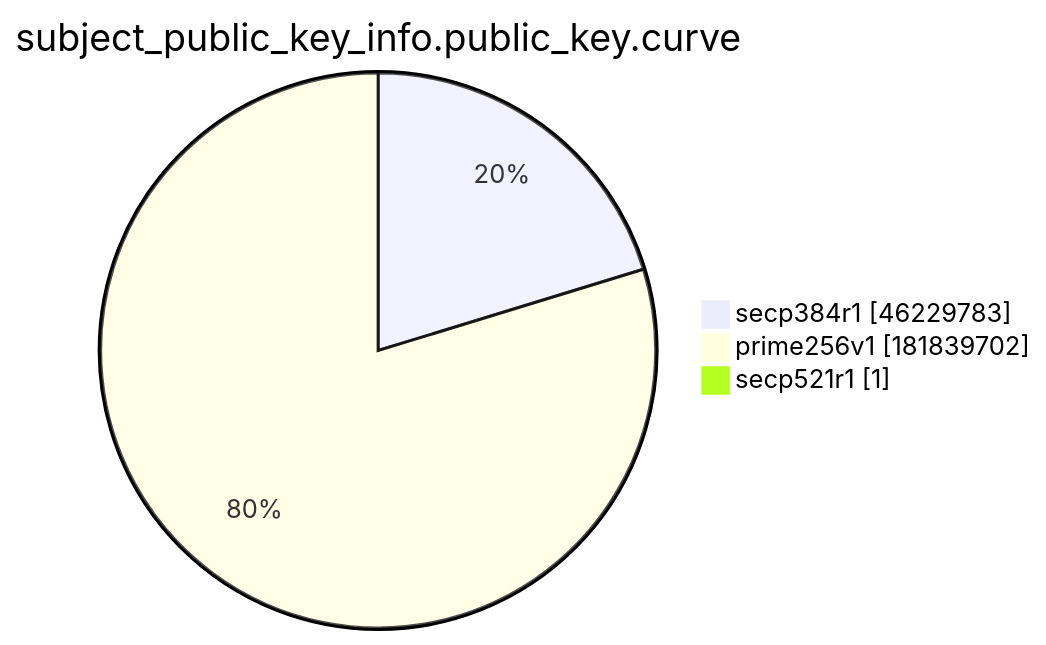
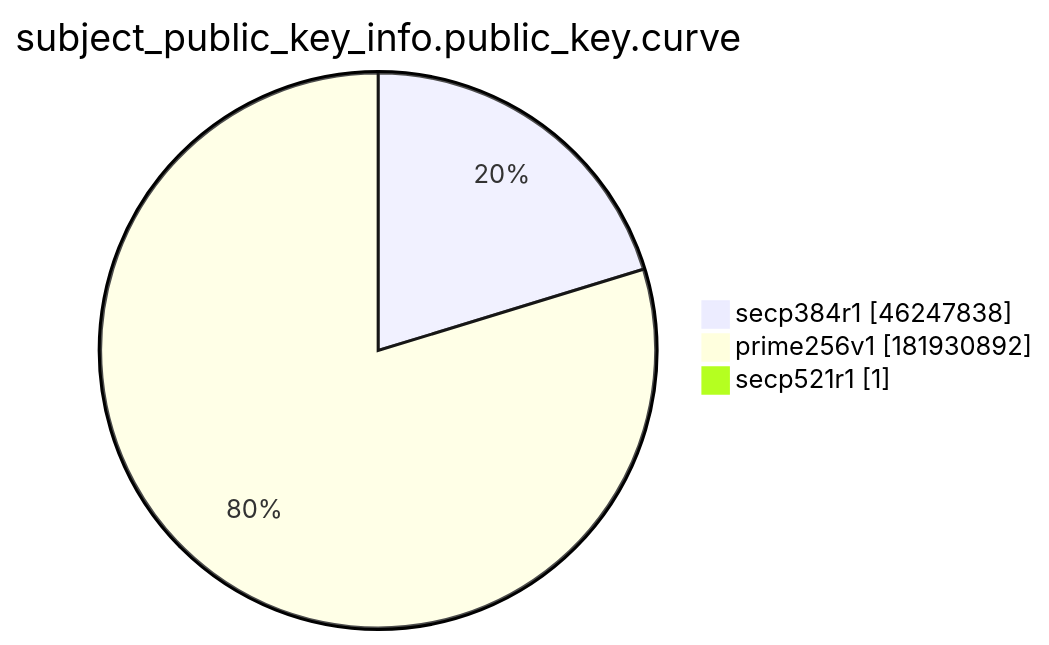
The ninth of 15 diagrams in xenon2022/README.md (christiankrug/ctmonitor_visualization), drawn with Mermaid before and after one commit. The commit also changed other lines of this file, not shown here.

````diff
--- a/xenon2022/README.md
+++ b/xenon2022/README.md
@@ -2874,7 +2874,7 @@
 ```mermaid
 pie showData
 title subject_public_key_info.public_key.curve
-"secp384r1" :46229783
-"prime256v1" :181839702
+"secp384r1" :46247838
+"prime256v1" :181930892
 "secp521r1" :1
 ```
````
